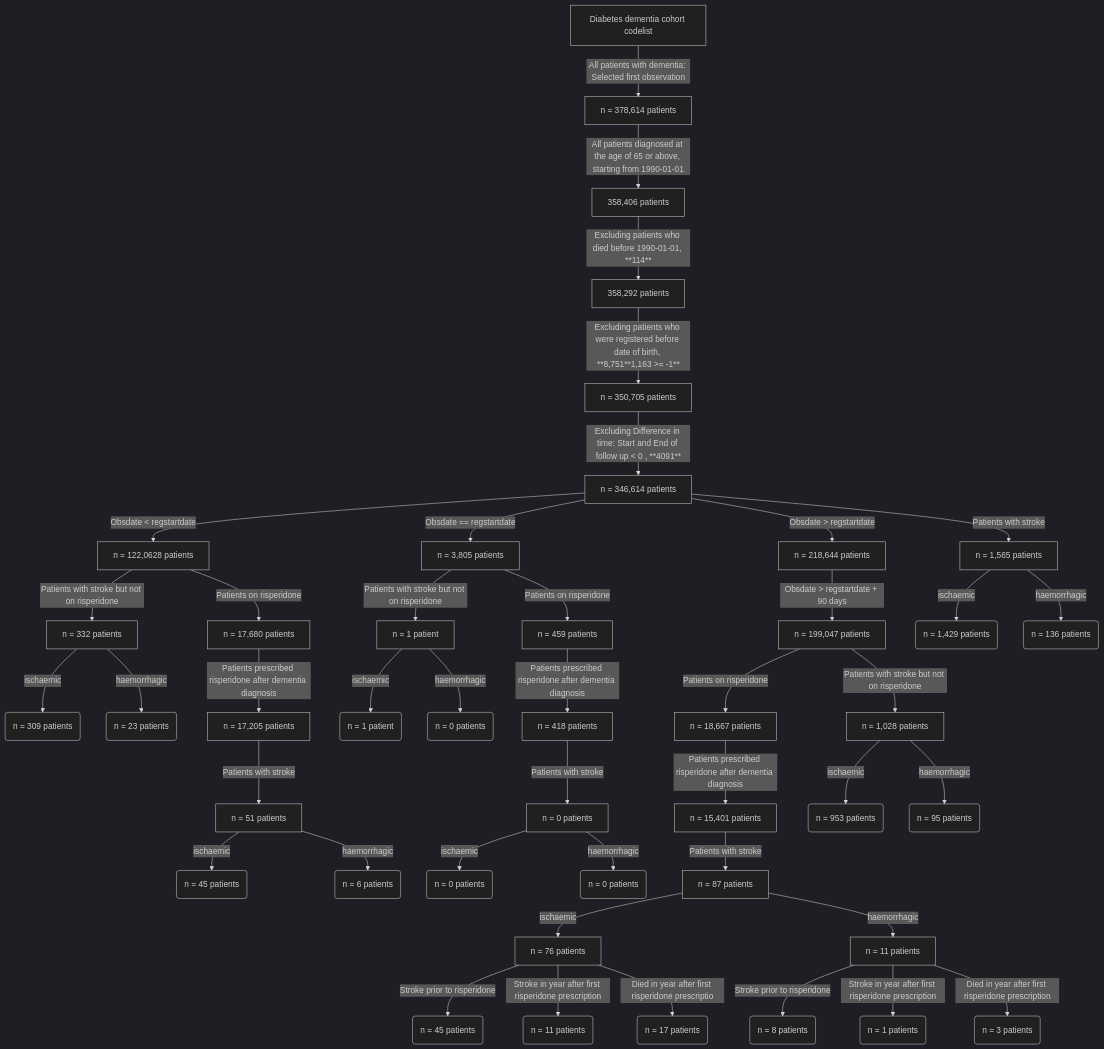
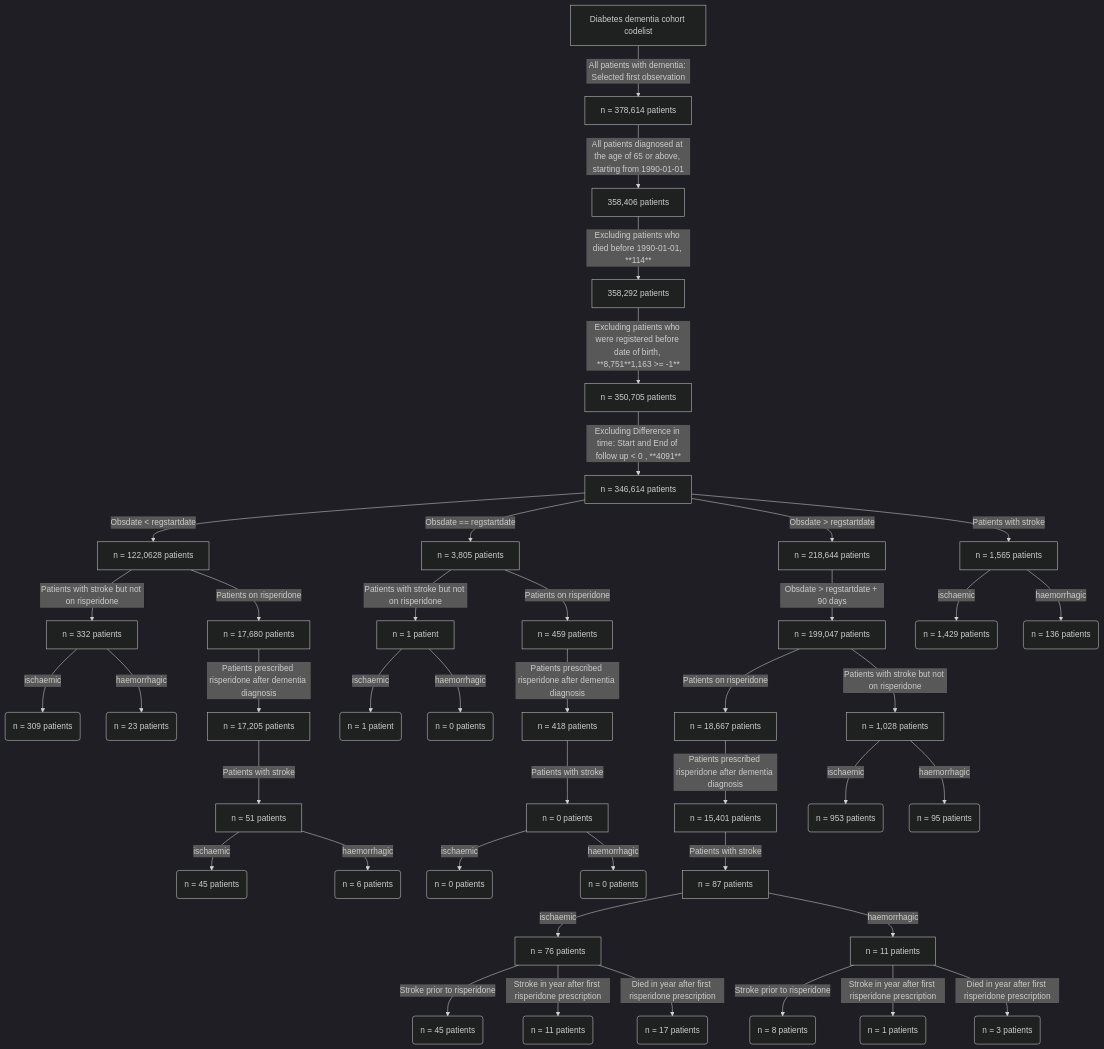
The diagram in iPRIME/README.md (Exeter-Diabetes/Dementia), drawn with Mermaid (dark theme) before and after one commit.

````diff
--- a/iPRIME/README.md
+++ b/iPRIME/README.md
@@ -20,56 +20,58 @@
 ```mermaid
 flowchart TD
     A[Diabetes dementia cohort codelist ] -->|All patients with dementia: Selected first observation| B(n = 378,614 patients)
     B[n = 378,614 patients ] -->| All patients diagnosed at the age of 65 or above, starting from 1990-01-01  | C(n = 358,406 patients)
     C[358,406 patients ] -->| Excluding patients who died before 1990-01-01, **114**   | D(n = 358,292 patients)
     D[358,292 patients ] -->| Excluding patients who were registered before date of birth, **8,751**1,163 >= -1**    | F(n = 350,705 patients)
     F[n = 350,705 patients ] -->| Excluding Difference in time: Start and End of follow up < 0 , **4091**  | K(n = 346,614 patients)
     K[n = 346,614 patients ] -->| Obsdate < regstartdate  | G(n = 122,0628 patients)
     K[n = 346,614 patients ] -->| Obsdate == regstartdate  | H(n = 3,805 patients)
     K[n = 346,614 patients ] -->| Obsdate > regstartdate  | I(n = 218,644 patients)
     K[n = 346,614 patients ] -->| Patients with stroke  | IZ(n = 218,644 patients)
     IZ[n = 1,565 patients ] -->| ischaemic  | IK(n = 1,429 patients)
     IZ[n = 1,565 patients ] -->| haemorrhagic   | IJ(n = 136 patients)
     I[n = 218,644  patients ] -->| Obsdate > regstartdate + 90 days  | J(n = 199,047 patients)
     J[n = 199,047  patients ] -->| Patients on risperidone  | N(n = 18,667 patients)
     J[n = 199,047  patients ] -->| Patients with stroke but not on risperidone  | NK(n = 1,028 patients)
     NK[n = 1,028  patients ] -->| ischaemic   | RK(n = 953  patients)
     NK[n = 1,028  patients ] -->| haemorrhagic      | TK(n = 95 patients)
     N[n = 18,667  patients ] -->| Patients prescribed risperidone after dementia diagnosis  | P(n = 15,401 patients)
     P[n = 15,401  patients ] -->| Patients with stroke  | Q(n = 87 patients)
     Q[n = 87  patients ] -->| ischaemic   | R(n = 76 patients)
     Q[n = 87  patients ] -->| haemorrhagic      | T(n = 11 patients)
     
     R[n = 76  patients ] -->| Stroke prior to risperidone| RZ(n = 45 patients)
     R[n = 76  patients ] -->| Stroke in year after first risperidone prescription| RY(n = 11 patients)
-    R[n = 76  patients ] -->| Died in year after first risperidone prescriptio| RV(n = 17 patients)
+    R[n = 76  patients ] -->| Died in year after first risperidone prescription| RV(n = 17 patients)
 
     T[n = 11  patients ] -->| Stroke prior to risperidone| RZS(n = 8 patients)
     T[n = 11  patients ] -->| Stroke in year after first risperidone prescription| RYS(n = 1 patients)
     T[n = 11  patients ] -->| Died in year after first risperidone prescription| RVS(n = 3 patients)
     G[n = 122,0628  patients ] -->| Patients with stroke but not on risperidone  | NS(n = 332 patients)
     NS[n = 332  patients ] -->| ischaemic   | RS(n = 309  patients)
     NS[n = 332  patients ] -->| haemorrhagic      | TS(n = 23 patients)
     
     H[n = 3,805  patients ] -->| Patients with stroke but not on risperidone  | NP(n = 1 patient)
     NP[n = 1  patient ] -->| ischaemic   | RP(n = 1  patient)
     NP[n = 1  patient ] -->| haemorrhagic      | TP(n = 0 patients)
 
     G[n = 122,0628 patients ] -->| Patients on risperidone  | X(n = 17,680 patients)
     X[n = 17,680  patients ] -->| Patients prescribed risperidone after dementia diagnosis  | Z(n = 17,205 patients)
     Z[n = 17,205  patients ] -->| Patients with stroke  | Y(n = 51 patients)
     Y[n = 51  patients ] -->| ischaemic   | U(n = 45 patients)
     Y[n = 51  patients ] -->| haemorrhagic      | V(n = 6 patients)
 
 
 
     H[ n = 3,805 patients ] -->| Patients on risperidone  | XV(n = 459 patients)
     XV[n = 459 patients ] -->| Patients prescribed risperidone after dementia diagnosis  | ZV(n = 418 patients)
     ZV[n = 418 patients ] -->| Patients with stroke  | YV(n = 0 patients)
     YV[n = 0 patients ] -->| ischaemic   | UV(n = 0 patients)
     YV[n = 0 patients ] -->| haemorrhagic      | VV(n = 0 patients)
 
 
 
 
+
+
 ```
````
